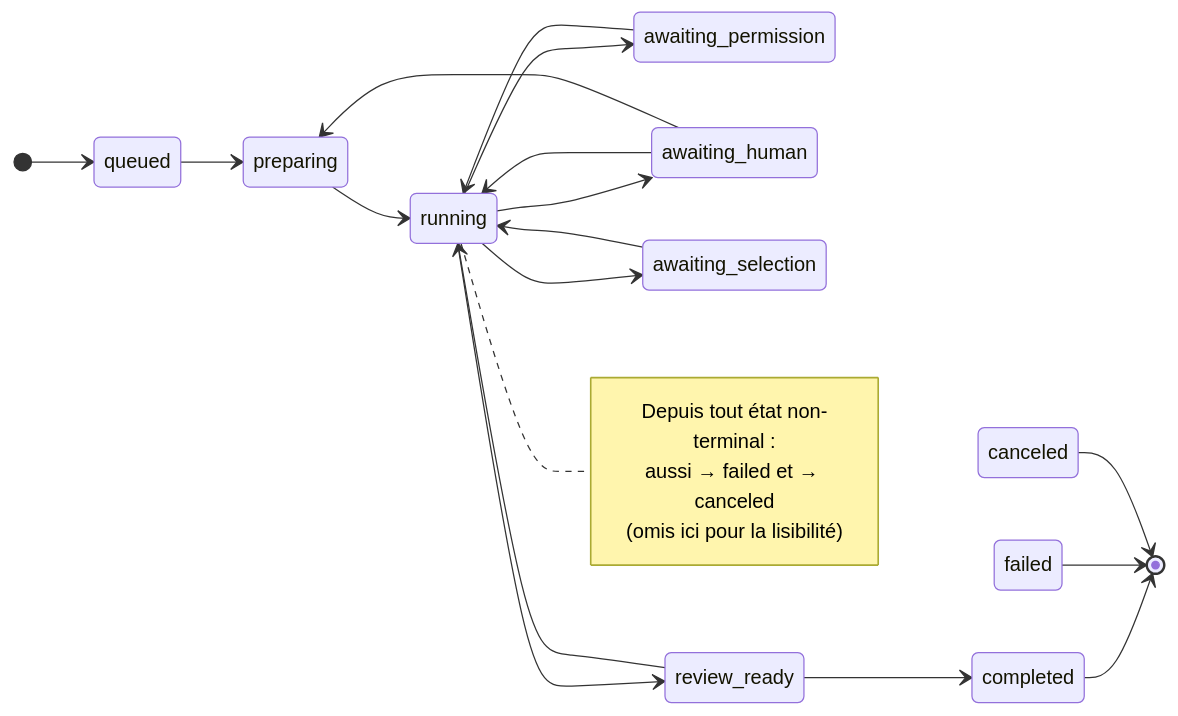
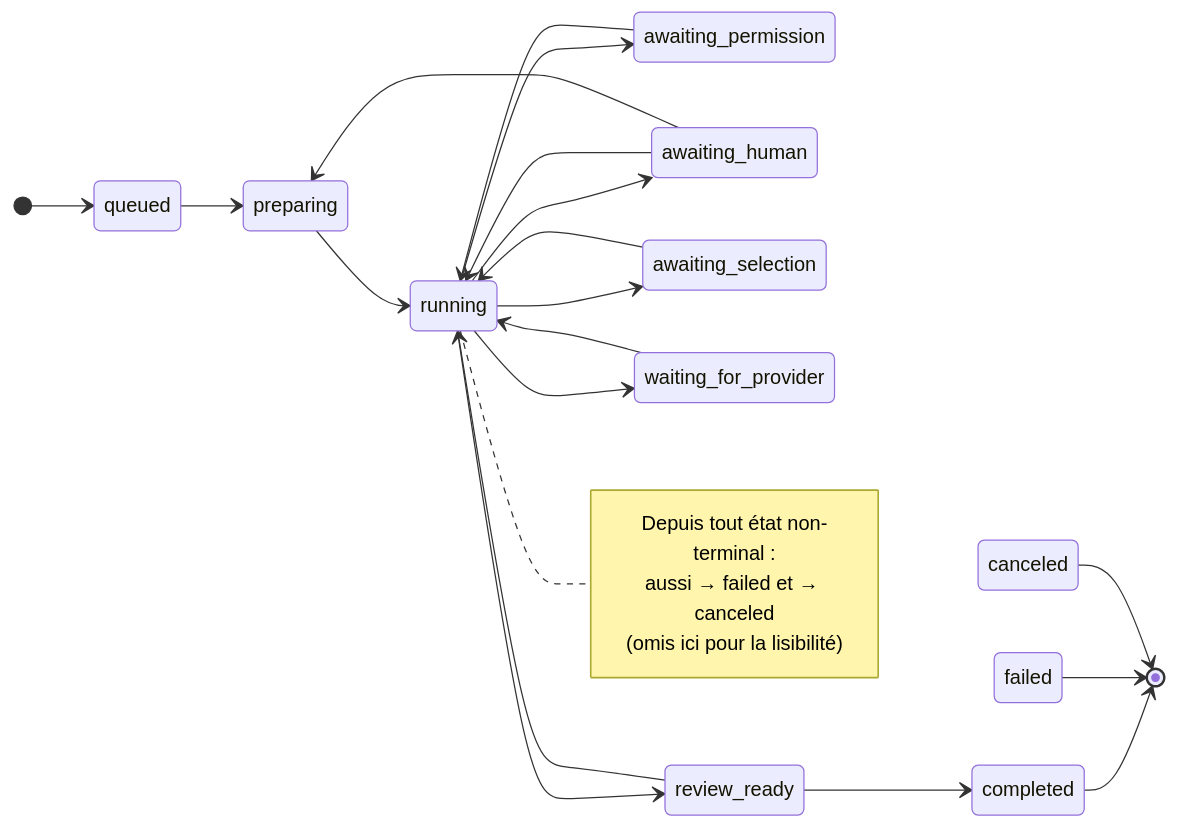
Before and after one commit to alimtunc/otomat: the third of 3 diagrams in docs/ai/run-lifecycle.md, drawn with Mermaid. The commit also changed other lines of this file and 98 other files, not shown here.

````diff
--- a/docs/ai/run-lifecycle.md
+++ b/docs/ai/run-lifecycle.md
@@ -123,25 +135,27 @@
 ```mermaid
 stateDiagram-v2
     direction LR
     [*] --> queued
     queued --> preparing
     preparing --> running
     running --> awaiting_permission
     running --> awaiting_human
     running --> awaiting_selection
+    running --> waiting_for_provider
     running --> review_ready
     awaiting_permission --> running
     awaiting_human --> running
     awaiting_human --> preparing
     awaiting_selection --> running
+    waiting_for_provider --> running
     review_ready --> running
     review_ready --> completed
     completed --> [*]
     failed --> [*]
     canceled --> [*]
     note right of running
       Depuis tout état non-terminal :
       aussi → failed et → canceled
       (omis ici pour la lisibilité)
     end note
 ```
````
